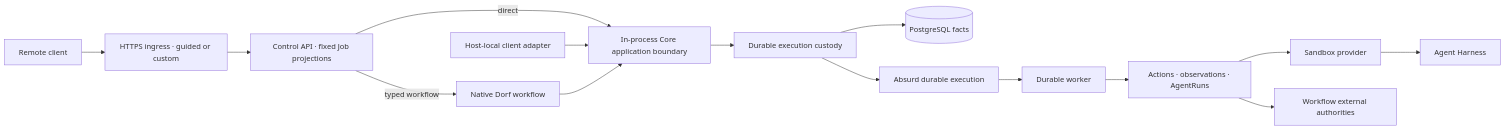
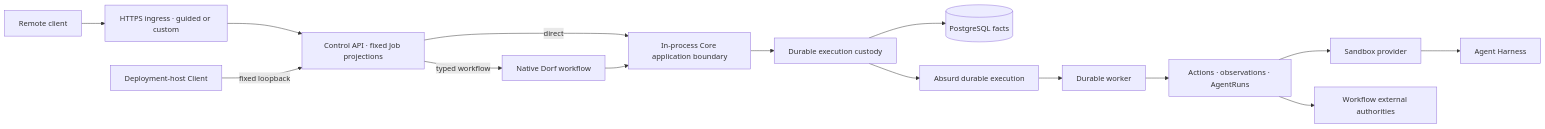
One commit to aphronio/dorf changed the diagram in docs/project/architecture.md. Above: the diagram before and after it, drawn with Mermaid. The commit also changed other lines of this file and 81 other files, not shown here.

````diff
--- a/docs/project/architecture.md
+++ b/docs/project/architecture.md
@@ -11,17 +11,17 @@
 ```mermaid
 flowchart LR
     Remote["Remote client"] --> Ingress["HTTPS ingress · guided or custom"]
     Ingress --> API["Control API · fixed Job projections"]
+    Host["Deployment-host Client"] -->|fixed loopback| API
     API -->|direct| Core["In-process Core application boundary"]
-    Client["Host-local client adapter"] --> Core
     Workflow["Native Dorf workflow"] --> Core
     API -->|typed workflow| Workflow
     Core --> Custody["Durable execution custody"]
     Custody --> PG[("PostgreSQL facts")]
     Custody --> Absurd["Absurd durable execution"]
     Absurd --> Worker["Durable worker"]
     Worker --> Edge["Actions · observations · AgentRuns"]
     Edge --> Sandbox["Sandbox provider"]
     Edge --> External["Workflow external authorities"]
     Sandbox --> Harness["Agent Harness"]
 ```
````
